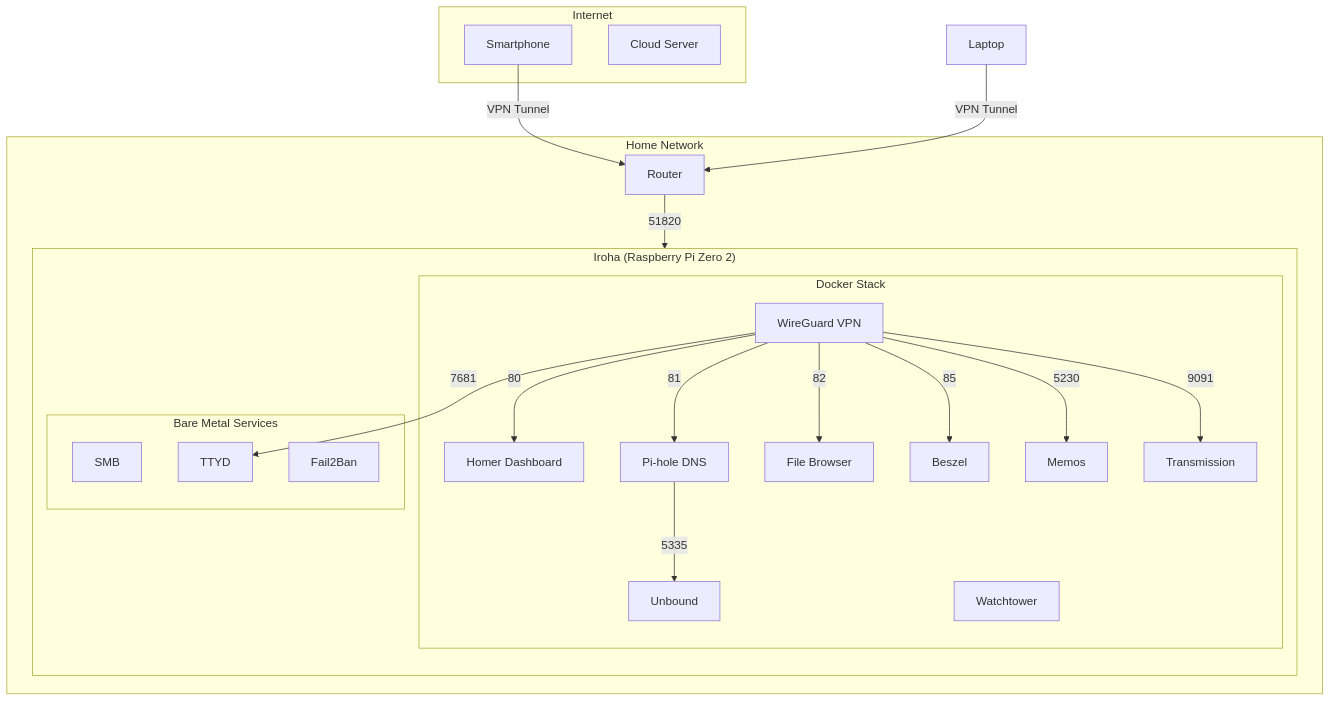
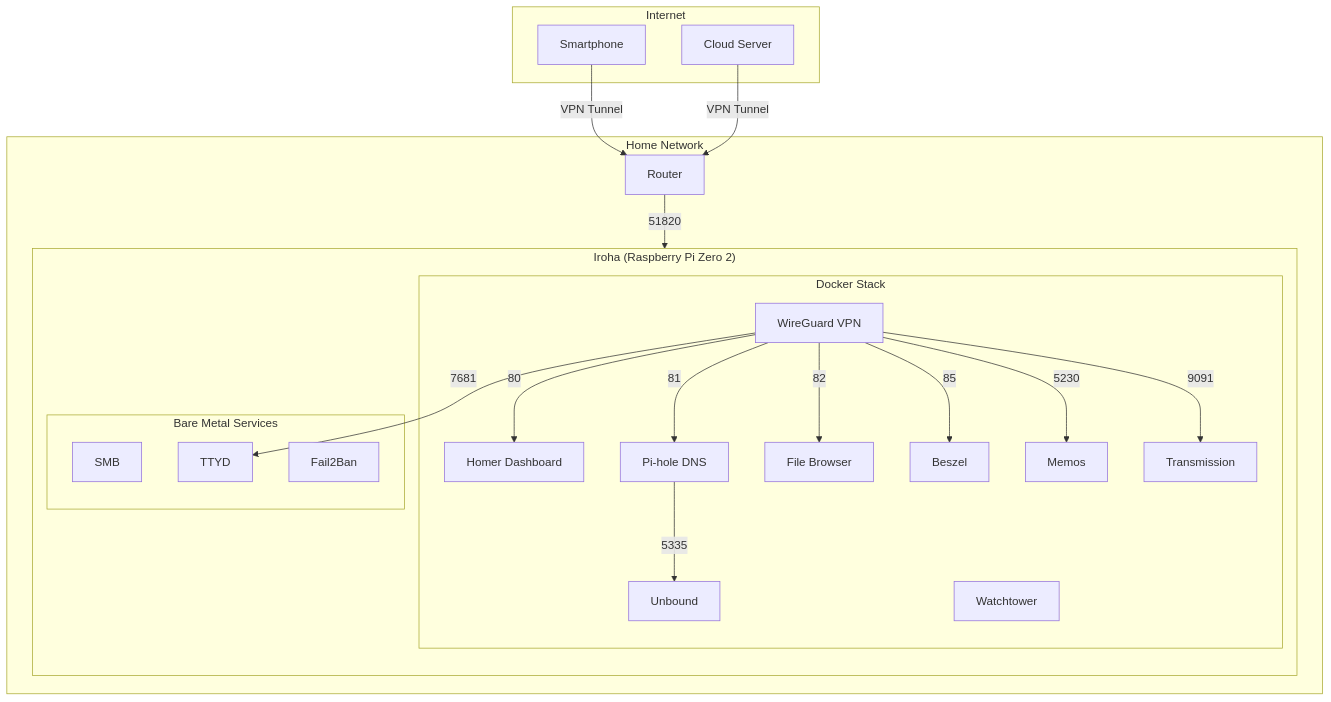
Before and after one commit to NishiyaKN/rpi: the diagram in README.md, drawn with Mermaid. The commit also changed 1 other file, not shown here.

Commit message:
Backup: 2026-01-02 16:55:05

````diff
--- a/README.md
+++ b/README.md
@@ -22,49 +22,49 @@
 ```mermaid
 ---
 config:
   layout: dagre
 ---
 flowchart TB
  subgraph Internet["Internet"]
         Phone["Smartphone"]
         Cloud["Cloud Server"]
   end
  subgraph subGraph1["Docker Stack"]
         WG["WireGuard VPN"]
         HM["Homer Dashboard"]
         PH["️Pi-hole DNS"]
         UN["Unbound"]
         FB["File Browser"]
         TR["Transmission"]
         WT["Watchtower"]
         MM["Memos"]
         BZ["Beszel"]
 
   end
  subgraph subGraph2["Bare Metal Services"]
         SMB["SMB"]
         TTYD["TTYD"]
         F2B["Fail2Ban"]
   end
  subgraph subGraph3["Iroha (Raspberry Pi Zero 2)"]
     direction TB
         subGraph1
         subGraph2
   end
  subgraph subGraph4["Home Network"]
         Router["Router"]
         subGraph3
   end
     Phone -- VPN Tunnel --> Router
-    Laptop -- VPN Tunnel --> Router
+    Cloud -- VPN Tunnel --> Router
     Router -- 51820 --> WG
     WG -- 80 --> HM
     WG -- 81 --> PH
     PH -- 5335 --> UN
     WG -- 82 --> FB
     WG -- 85 --> BZ
     WG -- 5230 --> MM
     WG -- 9091 --> TR
     WG -- 7681 --> TTYD
 
 ```
````
